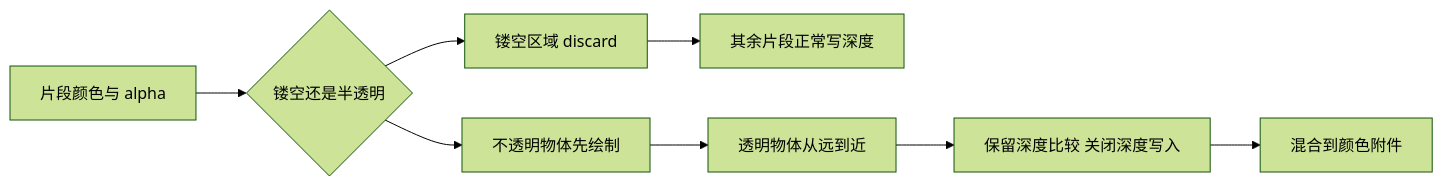
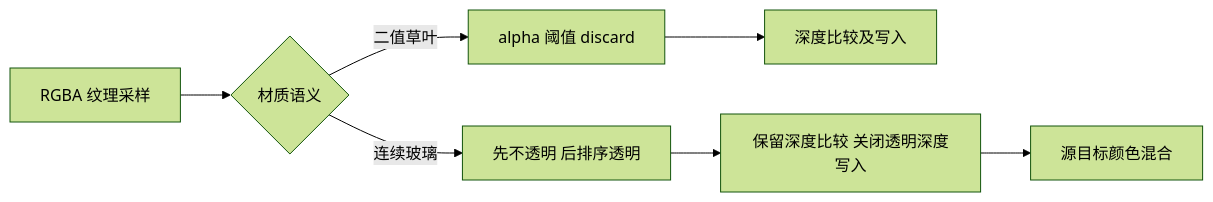
The diagram in docs/04_advanced_opengl/03_blending.md (with-fair-wind/OpenGL), drawn with Mermaid (forest theme) before and after one commit. The commit also changed other lines of this file and 107 other files, not shown here.

````diff
--- a/docs/04_advanced_opengl/03_blending.md
+++ b/docs/04_advanced_opengl/03_blending.md
@@ -14,10 +21,9 @@
 ```mermaid
 flowchart LR
-    A[片段颜色与 alpha] --> B{镂空还是半透明}
-    B --> C[镂空区域 discard]
-    C --> D[其余片段正常写深度]
-    B --> E[不透明物体先绘制]
-    E --> F[透明物体从远到近]
-    F --> G[保留深度比较 关闭深度写入]
-    G --> H[混合到颜色附件]
+    A[RGBA 纹理采样] --> B{材质语义}
+    B -->|二值草叶| C[alpha 阈值 discard]
+    B -->|连续玻璃| D[先不透明 后排序透明]
+    C --> E[深度比较及写入]
+    D --> F[保留深度比较 关闭透明深度写入]
+    F --> G[源目标颜色混合]
 ```
````
